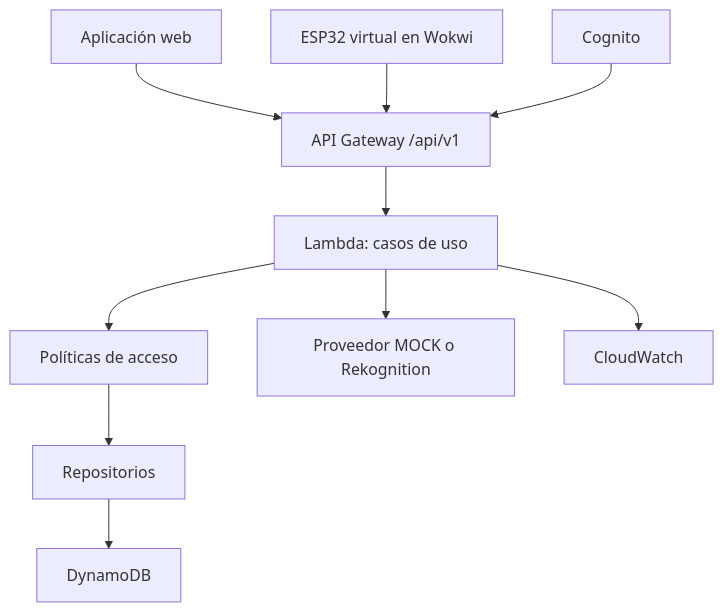
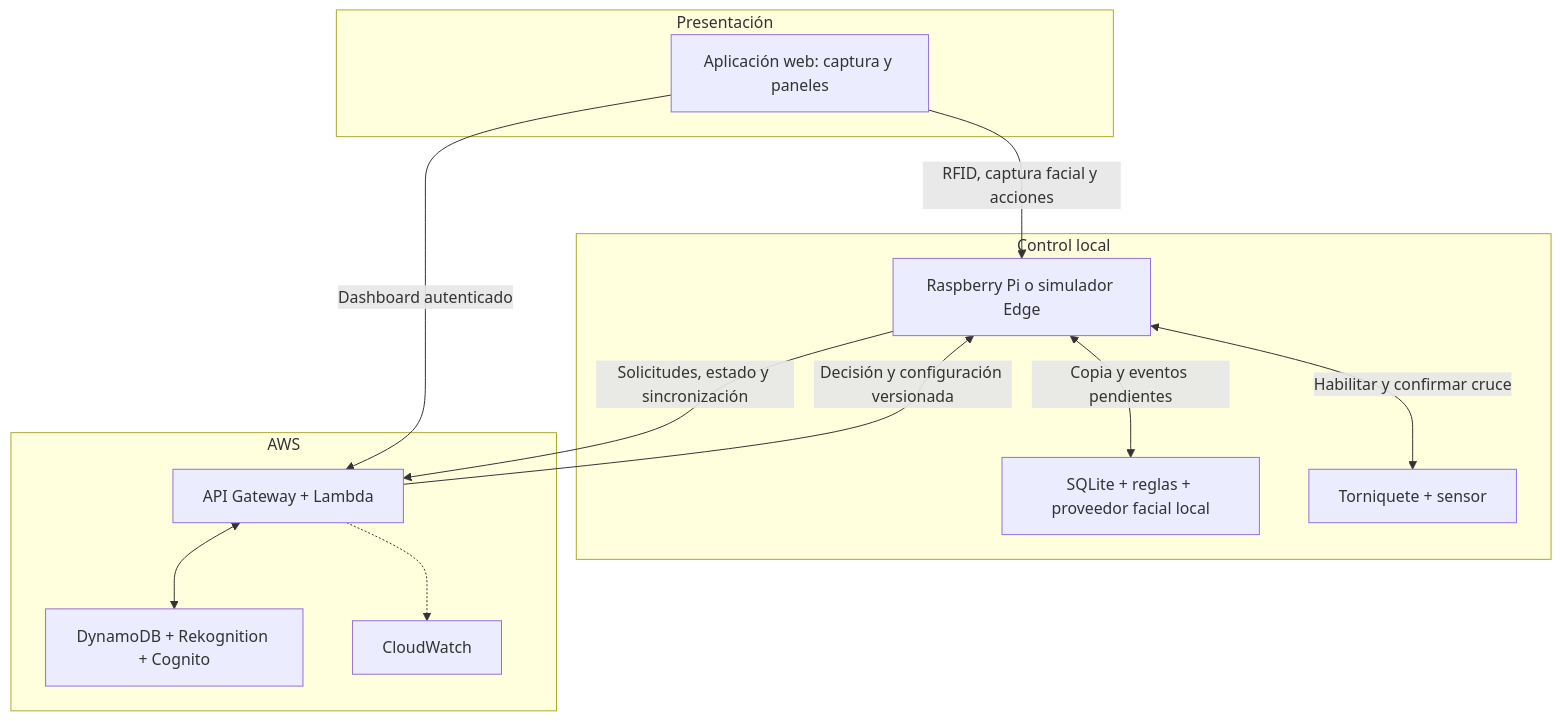
The first of 4 diagrams in docs/arquitectura.md (Aburahamu20/Project_You_shall_not_pass), drawn with Mermaid before and after one commit. The commit also changed other lines of this file and 24 other files, not shown here.

Commit message:
docs: definir arquitectura híbrida AWS y Raspberry Pi

````diff
--- a/docs/arquitectura.md
+++ b/docs/arquitectura.md
@@ -7,12 +39,27 @@
 ```mermaid
 flowchart TD
-    WEB["Aplicación web"] --> API["API Gateway /api/v1"]
-    WOK["ESP32 virtual en Wokwi"] --> API
-    API --> LAM["Lambda: casos de uso"]
-    LAM --> POL["Políticas de acceso"]
-    POL --> REP["Repositorios"]
-    REP --> DB["DynamoDB"]
-    LAM --> FAC["Proveedor MOCK o Rekognition"]
-    COG["Cognito"] --> API
-    LAM --> LOG["CloudWatch"]
+    subgraph Presentacion["Presentación"]
+        WEB["Aplicación web: captura y paneles"]
+    end
+
+    subgraph Edge["Control local"]
+        PI["Raspberry Pi o simulador Edge"]
+        LOCAL["SQLite + reglas + proveedor facial local"]
+        TURN["Torniquete + sensor"]
+    end
+
+    subgraph Cloud["AWS"]
+        API["API Gateway + Lambda"]
+        DATA["DynamoDB + Rekognition + Cognito"]
+        LOG["CloudWatch"]
+    end
+
+    WEB -->|"RFID, captura facial y acciones"| PI
+    PI <-->|"Copia y eventos pendientes"| LOCAL
+    PI <-->|"Habilitar y confirmar cruce"| TURN
+    PI -->|"Solicitudes, estado y sincronización"| API
+    API -->|"Decisión y configuración versionada"| PI
+    WEB -->|"Dashboard autenticado"| API
+    API <--> DATA
+    API -.-> LOG
 ```
````
